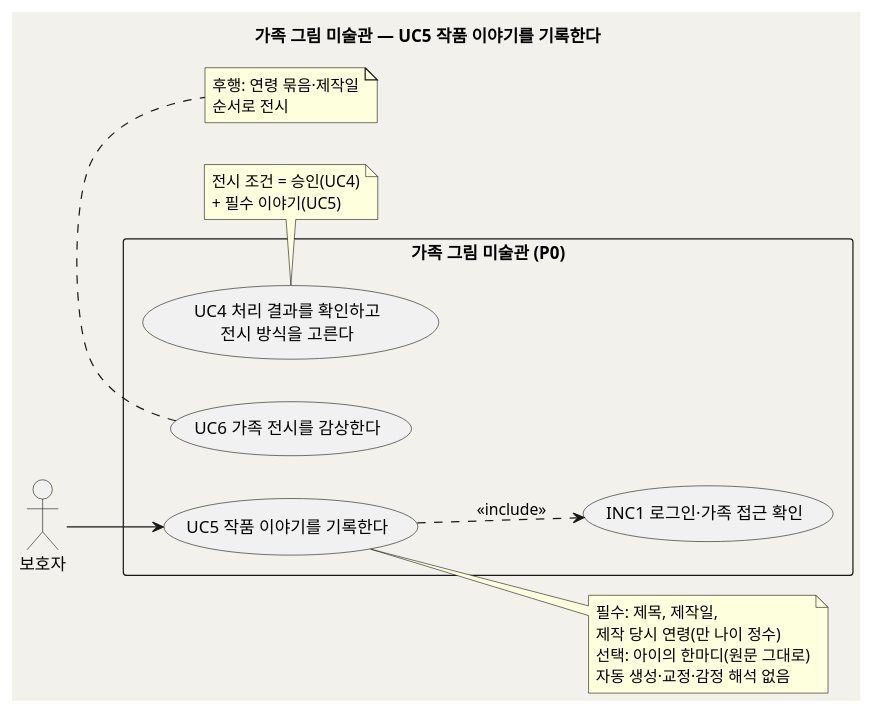
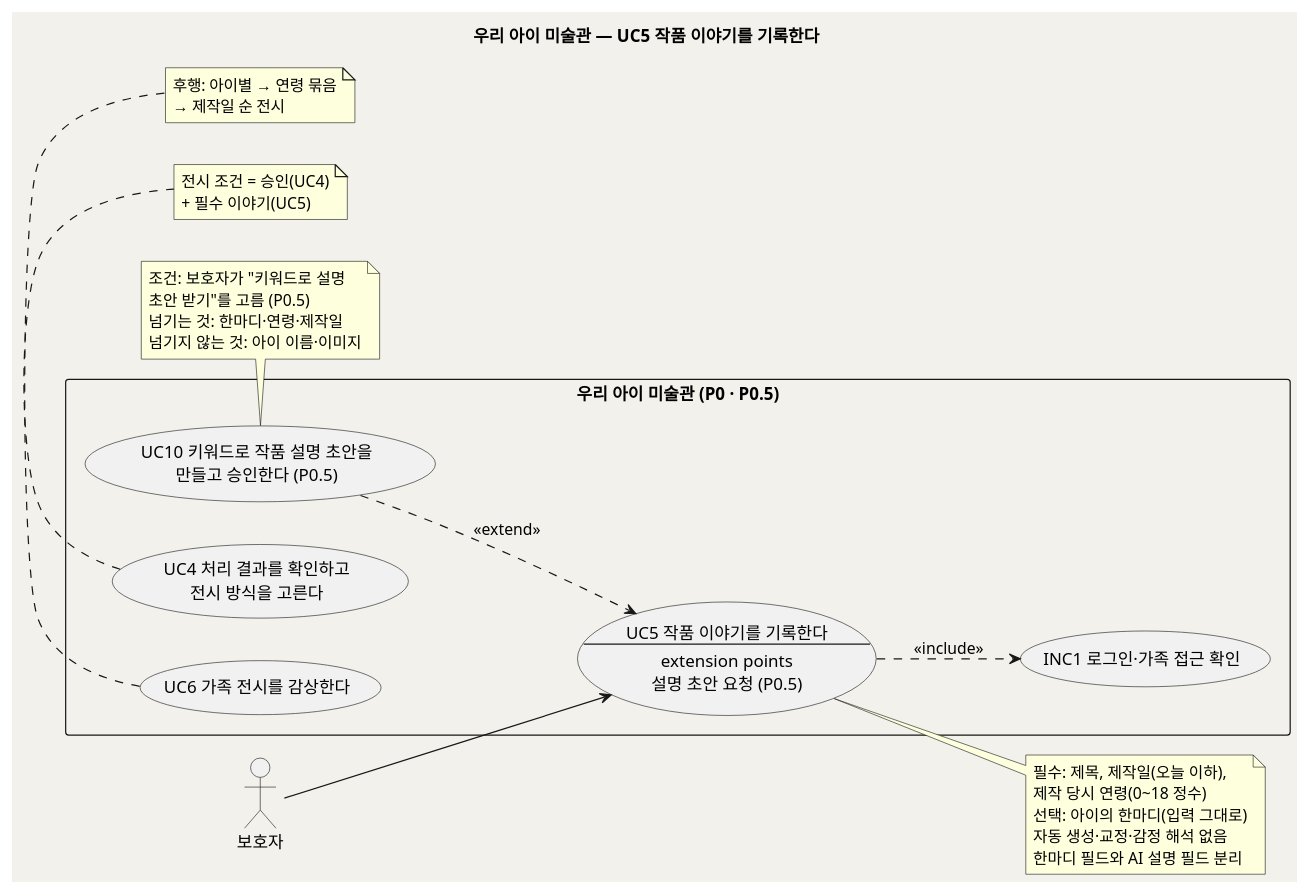
Before and after one commit to kids-gallery/uri-gallery: the first of 2 diagrams in design/UC_05_작품이야기기록.md, drawn with PlantUML. The commit also changed other lines of this file and 23 other files, not shown here.

````diff
--- a/design/UC_05_작품이야기기록.md
+++ b/design/UC_05_작품이야기기록.md
@@ -43,35 +44,47 @@
 ```plantuml
-@startuml uc_family_gallery_05
+@startuml uc_our_child_gallery_05
 skinparam backgroundColor #F3F1EB
 skinparam shadowing false
 left to right direction
-title 가족 그림 미술관 — UC5 작품 이야기를 기록한다
+title 우리 아이 미술관 — UC5 작품 이야기를 기록한다
 
 actor "보호자" as Parent
 
-rectangle "가족 그림 미술관 (P0)" {
-  usecase "UC5 작품 이야기를 기록한다" as UC5
+rectangle "우리 아이 미술관 (P0 · P0.5)" {
+  usecase UC5 as "UC5 작품 이야기를 기록한다
+--
+extension points
+설명 초안 요청 (P0.5)"
   usecase "INC1 로그인·가족 접근 확인" as INC1
+  usecase "UC10 키워드로 작품 설명 초안을\n만들고 승인한다 (P0.5)" as UC10
   usecase "UC4 처리 결과를 확인하고\n전시 방식을 고른다" as UC4
   usecase "UC6 가족 전시를 감상한다" as UC6
 }
 
 Parent --> UC5
 UC5 ..> INC1 : <<include>>
+UC10 ..> UC5 : <<extend>>
 
 note right of UC5
-  필수: 제목, 제작일,
-  제작 당시 연령(만 나이 정수)
-  선택: 아이의 한마디(원문 그대로)
+  필수: 제목, 제작일(오늘 이하),
+  제작 당시 연령(0~18 정수)
+  선택: 아이의 한마디(입력 그대로)
   자동 생성·교정·감정 해석 없음
+  한마디 필드와 AI 설명 필드 분리
+end note
+note bottom of UC10
+  조건: 보호자가 "키워드로 설명
+  초안 받기"를 고름 (P0.5)
+  넘기는 것: 한마디·연령·제작일
+  넘기지 않는 것: 아이 이름·이미지
 end note
 note bottom of UC4
   전시 조건 = 승인(UC4)
   + 필수 이야기(UC5)
 end note
 note bottom of UC6
-  후행: 연령 묶음·제작일
-  순서로 전시
+  후행: 아이별 → 연령 묶음
+  → 제작일 순 전시
 end note
 @enduml
 ```
````
